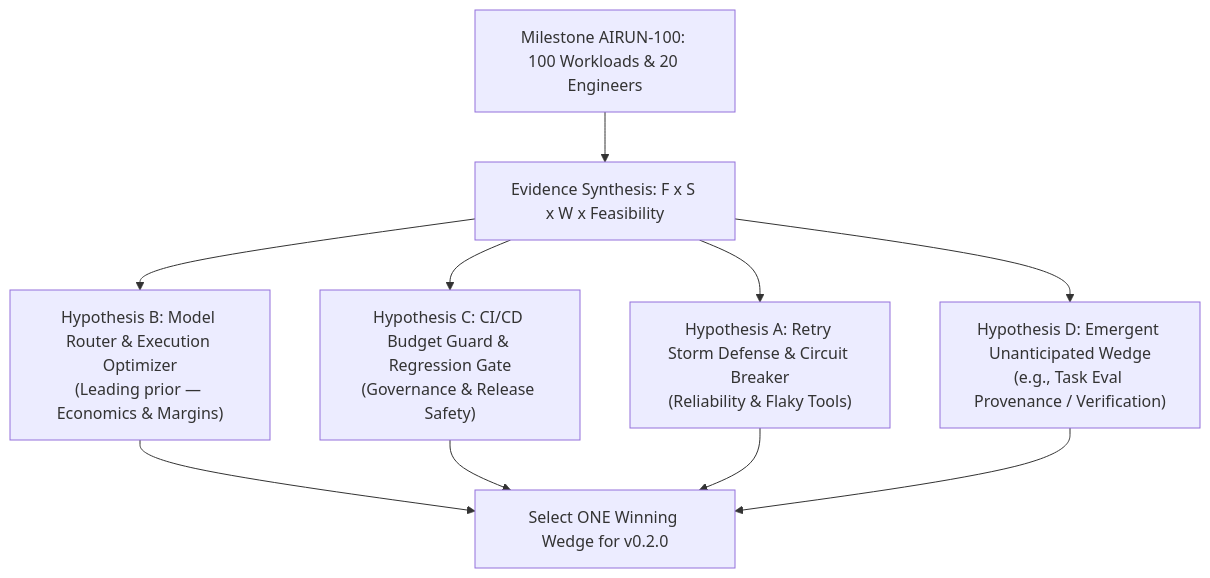
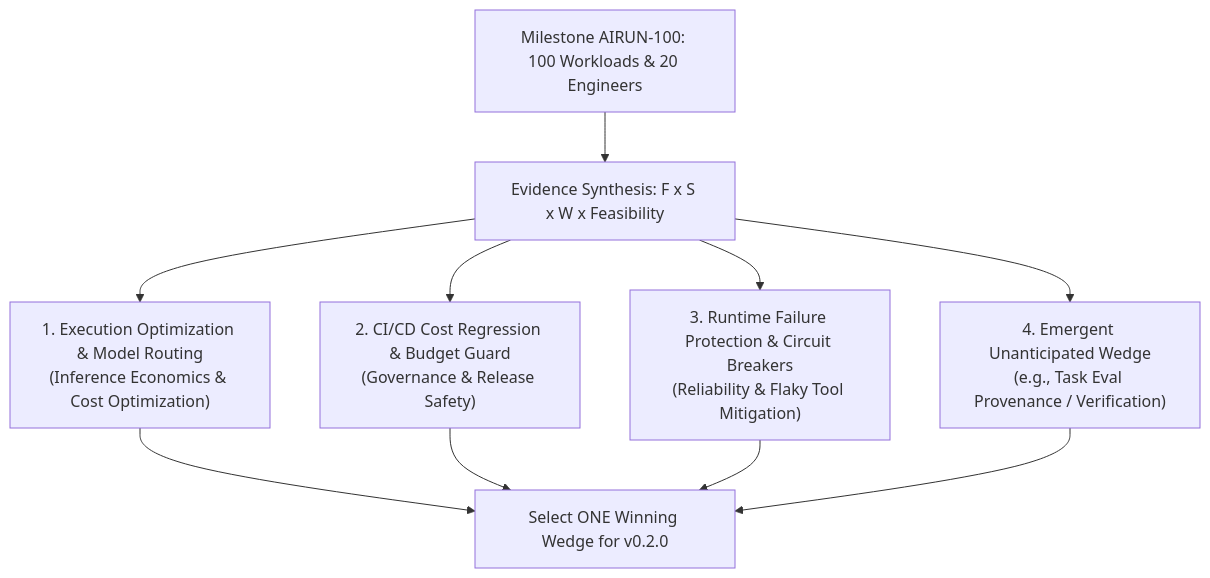
The diagram in validation/AIRUN-100.md (sarkarbikram90/airun-tracing), drawn with Mermaid before and after one commit. The commit also changed other lines of this file and 5 other files, not shown here.

````diff
--- a/validation/AIRUN-100.md
+++ b/validation/AIRUN-100.md
@@ -73,12 +73,12 @@
 ```mermaid
 graph TD
     A["Milestone AIRUN-100: 100 Workloads & 20 Engineers"] --> B["Evidence Synthesis: F x S x W x Feasibility"]
-    B --> C1["Hypothesis B: Model Router & Execution Optimizer<br>(Leading prior — Economics & Margins)"]
-    B --> C2["Hypothesis C: CI/CD Budget Guard & Regression Gate<br>(Governance & Release Safety)"]
-    B --> C3["Hypothesis A: Retry Storm Defense & Circuit Breaker<br>(Reliability & Flaky Tools)"]
-    B --> C4["Hypothesis D: Emergent Unanticipated Wedge<br>(e.g., Task Eval Provenance / Verification)"]
+    B --> C1["1. Execution Optimization & Model Routing<br>(Inference Economics & Cost Optimization)"]
+    B --> C2["2. CI/CD Cost Regression & Budget Guard<br>(Governance & Release Safety)"]
+    B --> C3["3. Runtime Failure Protection & Circuit Breakers<br>(Reliability & Flaky Tool Mitigation)"]
+    B --> C4["4. Emergent Unanticipated Wedge<br>(e.g., Task Eval Provenance / Verification)"]
     C1 --> DEC["Select ONE Winning Wedge for v0.2.0"]
     C2 --> DEC
     C3 --> DEC
     C4 --> DEC
 ```
````
